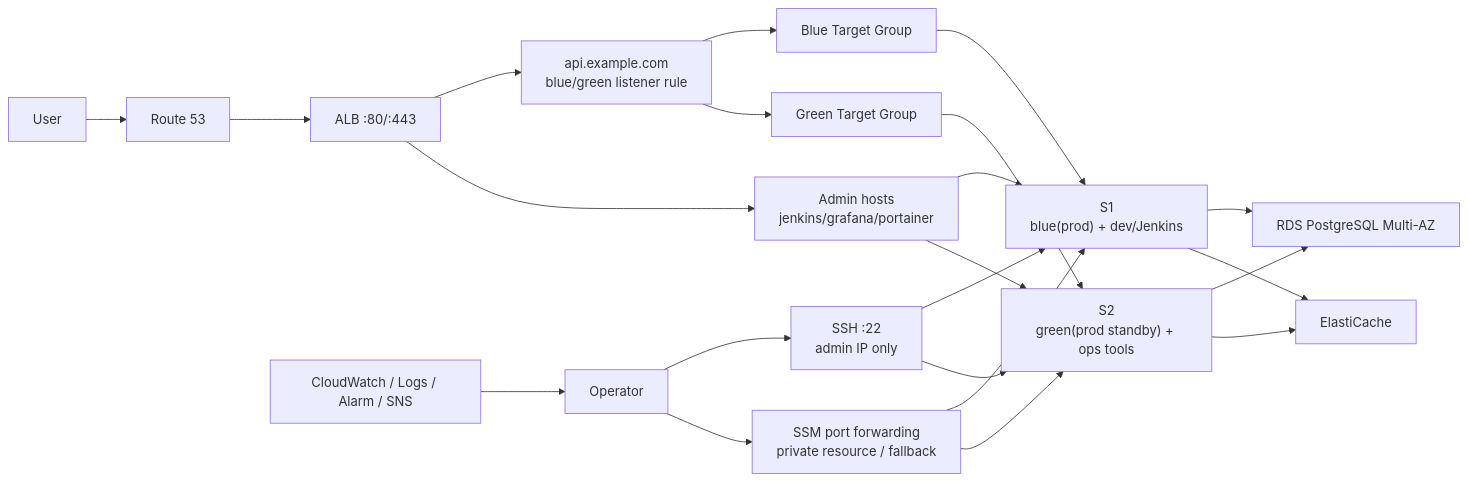
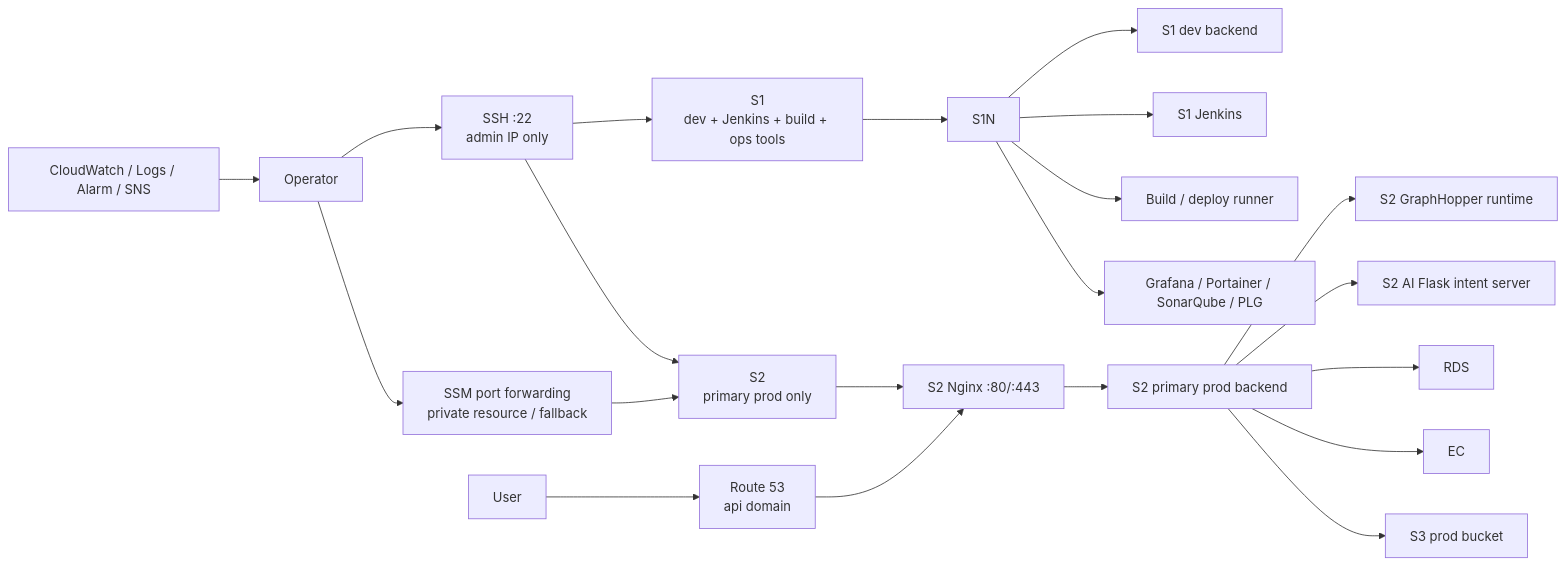
The first of 2 diagrams in Docs/인프라/2026-04-20_AWS_인프라_설계안.md (busaneumgil/busaneumgil), drawn with Mermaid before and after one commit. The commit also changed other lines of this file and 6 other files, not shown here.

````diff
--- a/Docs/인프라/2026-04-20_AWS_인프라_설계안.md
+++ b/Docs/인프라/2026-04-20_AWS_인프라_설계안.md
@@ -36,33 +37,33 @@
 ```mermaid
 flowchart LR
-    U["User"] --> DNS["Route 53"]
-    DNS --> ALB["ALB :80/:443"]
+    U["User"] --> DNS["Route 53<br/>api domain"]
+    S1["S1<br/>dev + Jenkins + build + ops tools"]
+    S2["S2<br/>primary prod only"]
+    S1 --> S1N
+    S2 --> S2N
+    DNS --> S2N["S2 Nginx :80/:443"]
 
-    ALB --> API["api.example.com<br/>blue/green listener rule"]
-    ALB --> ADMIN["Admin hosts<br/>jenkins/grafana/portainer"]
+    S1N --> S1DEV["S1 dev backend"]
+    S1N --> JENKINS["S1 Jenkins"]
+    S1N --> BUILD["Build / deploy runner"]
+    S1N --> OPSUI["Grafana / Portainer / SonarQube / PLG"]
 
-    API --> BTG["Blue Target Group"]
-    API --> GTG["Green Target Group"]
+    S2N --> S2API["S2 primary prod backend"]
+    S2API --> S2GH["S2 GraphHopper runtime"]
+    S2API --> S2AI["S2 AI Flask intent server"]
 
-    BTG --> S1["S1<br/>blue(prod) + dev/Jenkins"]
-    GTG --> S2["S2<br/>green(prod standby) + ops tools"]
+    S2API --> RDS
 
-    ADMIN --> S1
-    ADMIN --> S2
+    S2API --> EC
 
-    S1 --> RDS["RDS PostgreSQL Multi-AZ"]
-    S2 --> RDS
-
-    S1 --> EC["ElastiCache"]
-    S2 --> EC
+    S2API --> S3["S3 prod bucket"]
 
     OPS["Operator"] --> SSH["SSH :22<br/>admin IP only"]
     SSH --> S1
     SSH --> S2
 
     OPS --> SSM["SSM port forwarding<br/>private resource / fallback"]
-    SSM --> S1
     SSM --> S2
 
     CW["CloudWatch / Logs / Alarm / SNS"] --> OPS
 ```
````
